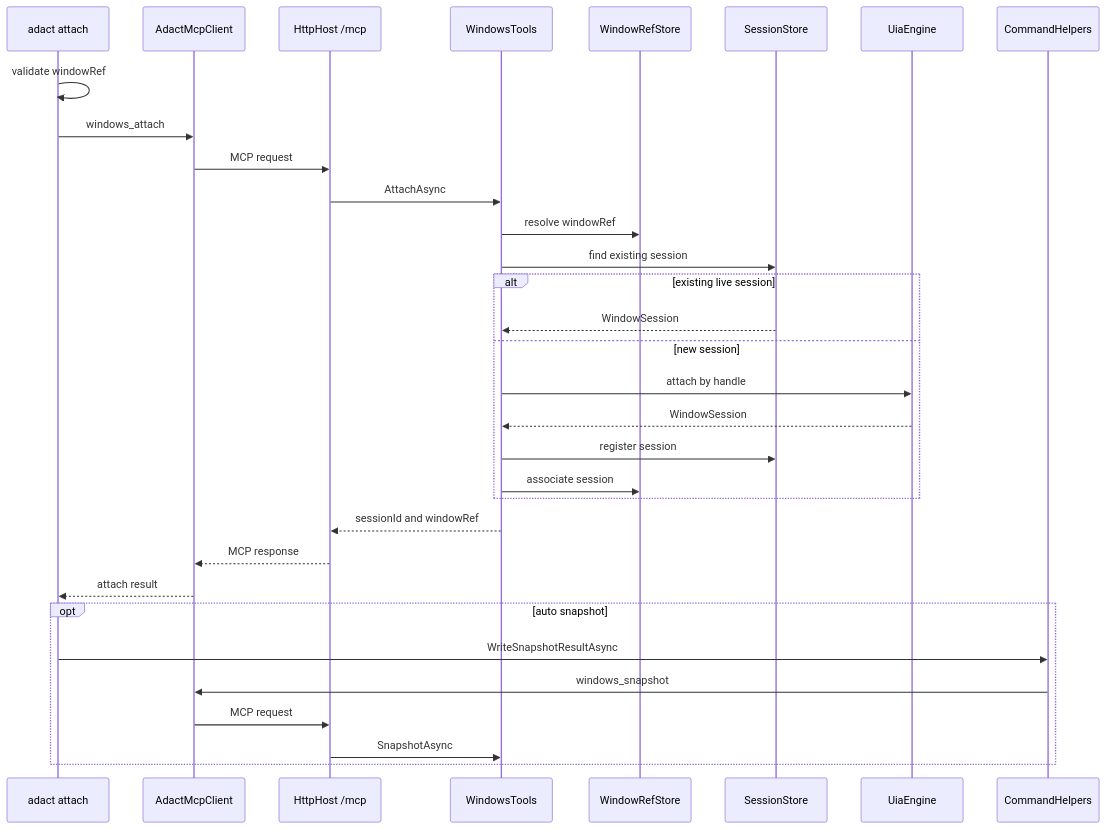
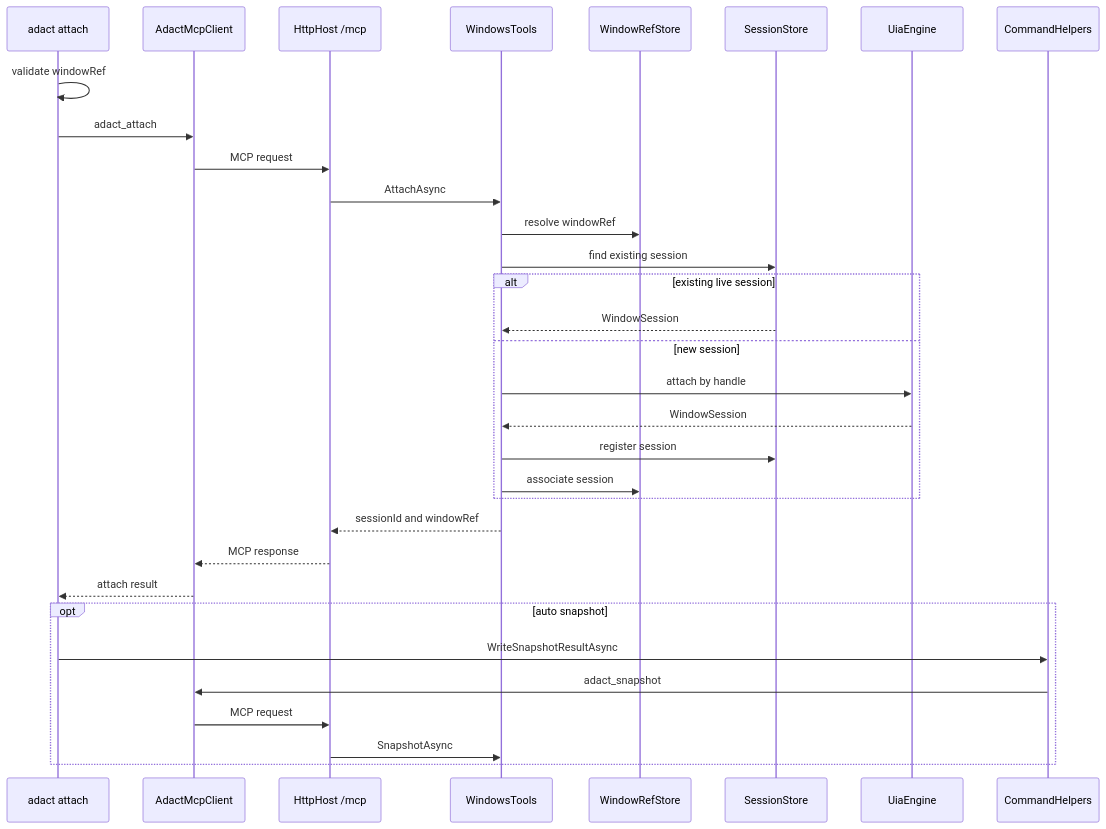
One commit to 84q/adact changed the second of 4 diagrams in docs/architecture/command-flows.md. Above: the diagram before and after it, drawn with Mermaid. The commit also changed other lines of this file and 75 other files, not shown here.

First line of the commit message:
rename: MCP tool names from windows_* to adact_* prefix

````diff
--- a/docs/architecture/command-flows.md
+++ b/docs/architecture/command-flows.md
@@ -57,35 +57,35 @@
 ```mermaid
 sequenceDiagram
 	participant CLI as adact attach
 	participant Client as AdactMcpClient
 	participant Host as HttpHost /mcp
 	participant Tools as WindowsTools
 	participant Windows as WindowRefStore
 	participant Sessions as SessionStore
 	participant Engine as UiaEngine
 	participant Cmd as CommandHelpers
 
 	CLI->>CLI: validate windowRef
-	CLI->>Client: windows_attach
+	CLI->>Client: adact_attach
 	Client->>Host: MCP request
 	Host->>Tools: AttachAsync
 	Tools->>Windows: resolve windowRef
 	Tools->>Sessions: find existing session
 	alt existing live session
 		Sessions-->>Tools: WindowSession
 	else new session
 		Tools->>Engine: attach by handle
 		Engine-->>Tools: WindowSession
 		Tools->>Sessions: register session
 		Tools->>Windows: associate session
 	end
 	Tools-->>Host: sessionId and windowRef
 	Host-->>Client: MCP response
 	Client-->>CLI: attach result
 	opt auto snapshot
 		CLI->>Cmd: WriteSnapshotResultAsync
-		Cmd->>Client: windows_snapshot
+		Cmd->>Client: adact_snapshot
 		Client->>Host: MCP request
 		Host->>Tools: SnapshotAsync
 	end
 ```
````
